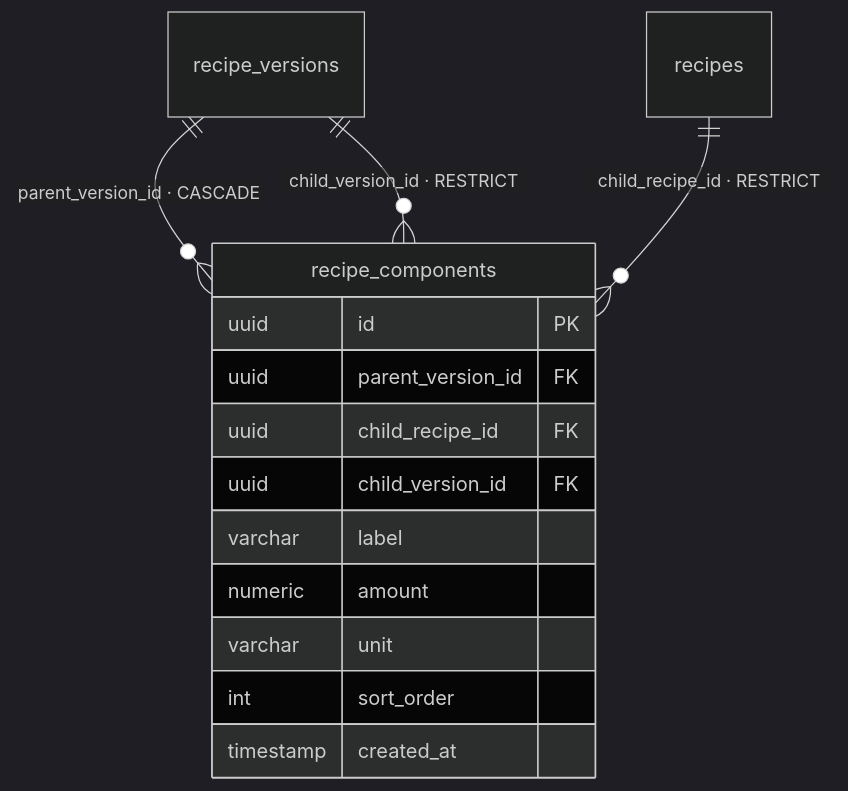
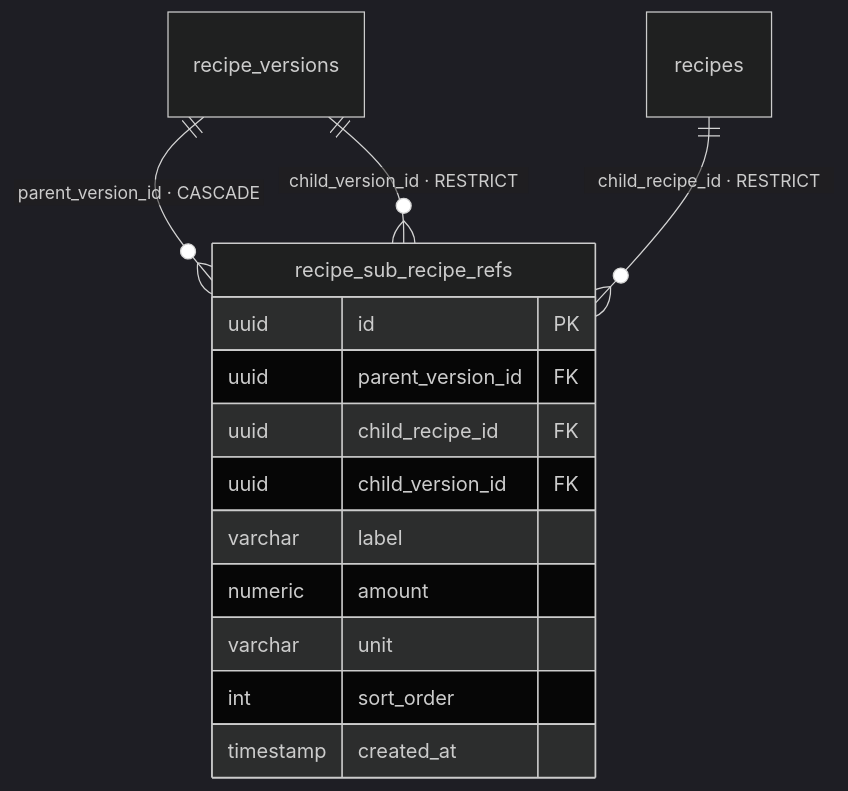
The fourth of 4 diagrams in docs/domain-model.md (sjoelee/bread-log), drawn with Mermaid (dark theme) before and after one commit. The commit also changed other lines of this file and 2 other files, not shown here.

First line of the commit message:
Glossary cleanup: sub-recipe terminology, Recipe vs RecipeVersion wording (#9)

````diff
--- a/docs/domain-model.md
+++ b/docs/domain-model.md
@@ -183,18 +183,18 @@
 ```mermaid
 erDiagram
-    recipe_versions ||--o{ recipe_components : "parent_version_id · CASCADE"
-    recipes ||--o{ recipe_components : "child_recipe_id · RESTRICT"
-    recipe_versions ||--o{ recipe_components : "child_version_id · RESTRICT"
+    recipe_versions ||--o{ recipe_sub_recipe_refs : "parent_version_id · CASCADE"
+    recipes ||--o{ recipe_sub_recipe_refs : "child_recipe_id · RESTRICT"
+    recipe_versions ||--o{ recipe_sub_recipe_refs : "child_version_id · RESTRICT"
 
-    recipe_components {
+    recipe_sub_recipe_refs {
         uuid id PK
         uuid parent_version_id FK
         uuid child_recipe_id FK
         uuid child_version_id FK
         varchar label
         numeric amount
         varchar unit
         int sort_order
         timestamp created_at
     }
 ```
````
